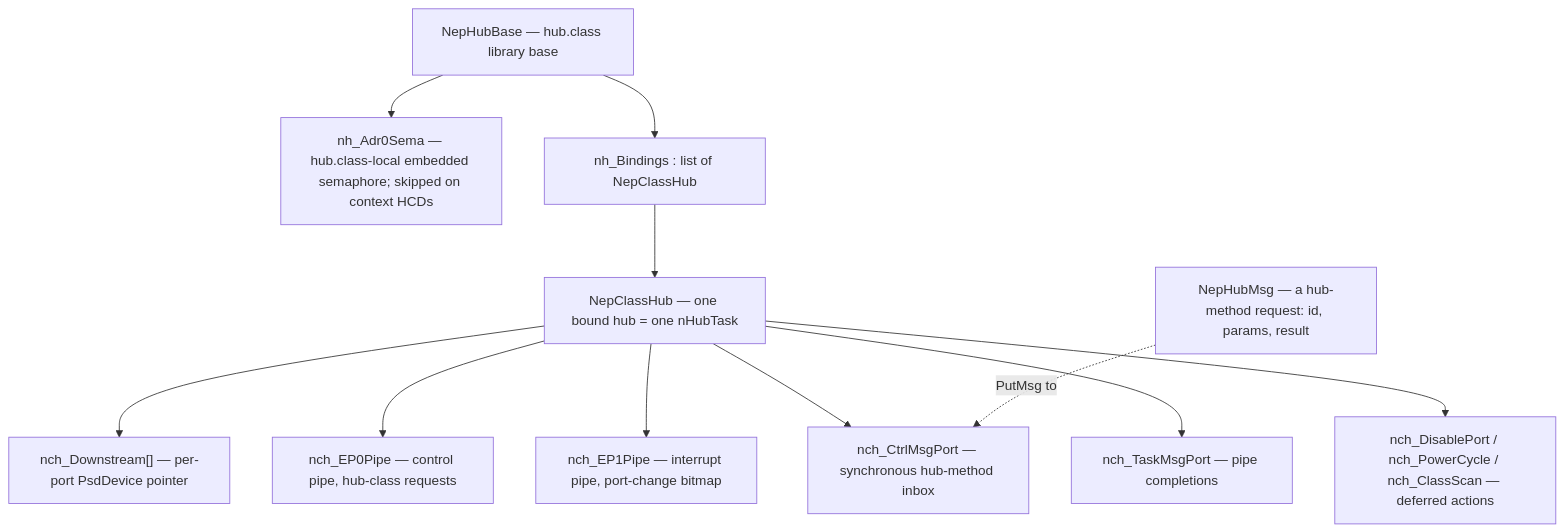
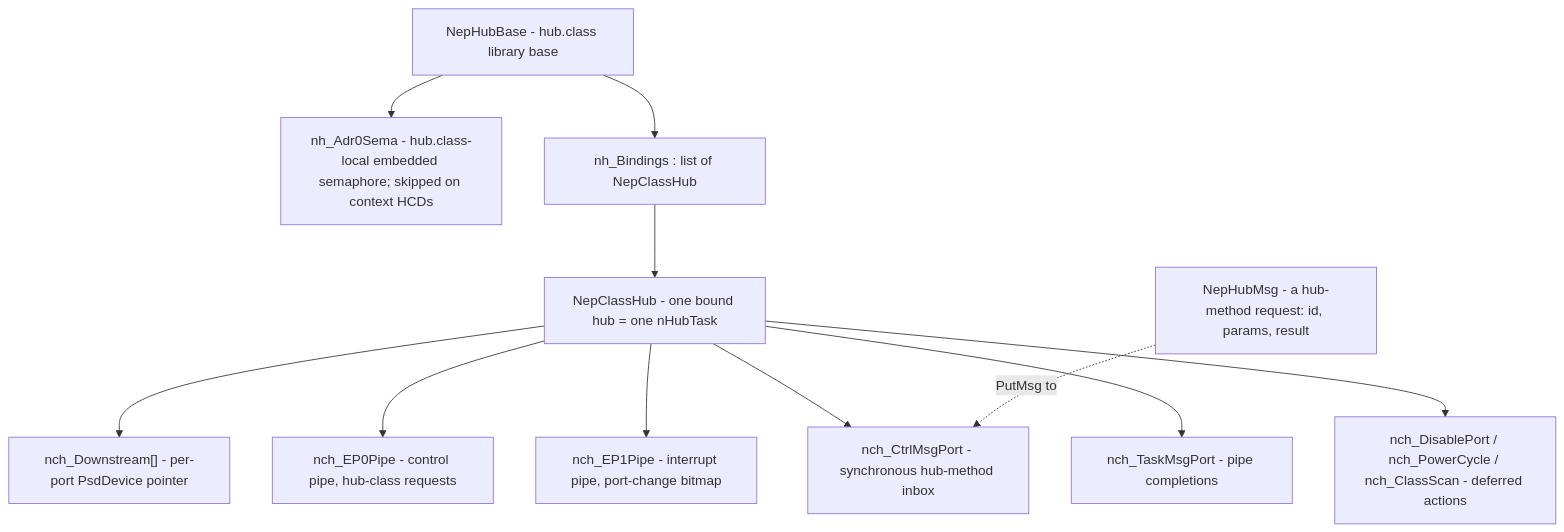
Before and after one commit to rondoval/poseidon-backport: the third of 8 diagrams in docs/hub.class-architecture.md, drawn with Mermaid. The commit also changed other lines of this file and 108 other files, not shown here.

````diff
--- a/docs/hub.class-architecture.md
+++ b/docs/hub.class-architecture.md
@@ -102,15 +102,15 @@
 ```mermaid
 flowchart TD
-    BASE["NepHubBase — hub.class library base"]
-    BASE --> SEMA["nh_Adr0Sema — hub.class-local embedded semaphore; skipped on context HCDs"]
+    BASE["NepHubBase - hub.class library base"]
+    BASE --> SEMA["nh_Adr0Sema - hub.class-local embedded semaphore; skipped on context HCDs"]
     BASE --> BINDINGS["nh_Bindings : list of NepClassHub"]
-    BINDINGS --> NCH["NepClassHub — one bound hub = one nHubTask"]
-    NCH --> DS["nch_Downstream[] — per-port PsdDevice pointer"]
-    NCH --> EP0["nch_EP0Pipe — control pipe, hub-class requests"]
-    NCH --> EP1["nch_EP1Pipe — interrupt pipe, port-change bitmap"]
-    NCH --> CTRL["nch_CtrlMsgPort — synchronous hub-method inbox"]
-    NCH --> TASKP["nch_TaskMsgPort — pipe completions"]
-    NCH --> FLAGS["nch_DisablePort / nch_PowerCycle / nch_ClassScan — deferred actions"]
-    NHM["NepHubMsg — a hub-method request: id, params, result"]
+    BINDINGS --> NCH["NepClassHub - one bound hub = one nHubTask"]
+    NCH --> DS["nch_Downstream[] - per-port PsdDevice pointer"]
+    NCH --> EP0["nch_EP0Pipe - control pipe, hub-class requests"]
+    NCH --> EP1["nch_EP1Pipe - interrupt pipe, port-change bitmap"]
+    NCH --> CTRL["nch_CtrlMsgPort - synchronous hub-method inbox"]
+    NCH --> TASKP["nch_TaskMsgPort - pipe completions"]
+    NCH --> FLAGS["nch_DisablePort / nch_PowerCycle / nch_ClassScan - deferred actions"]
+    NHM["NepHubMsg - a hub-method request: id, params, result"]
     NHM -.->|"PutMsg to"| CTRL
 ```
````
